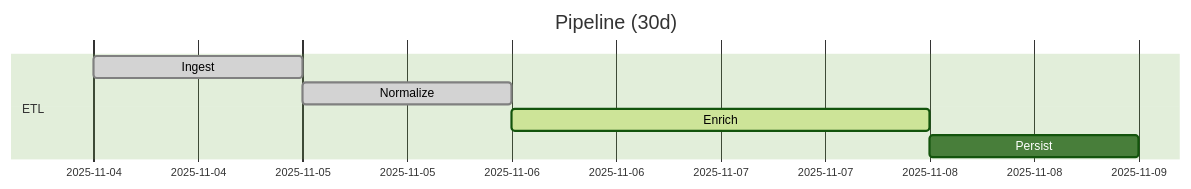
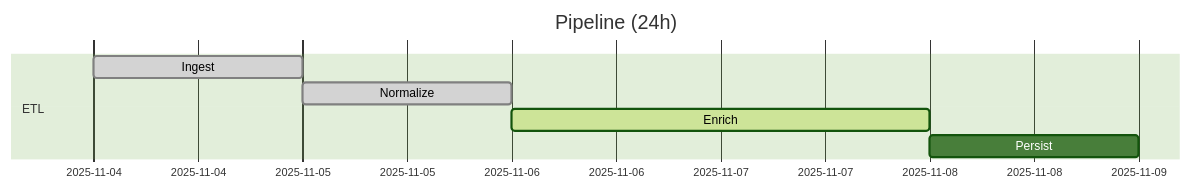
One commit to iog-creator/Gemantria changed the diagram in docs/atlas/pipeline_flow_historical.mmd. Above: the diagram before and after it, drawn with Mermaid (forest theme). The commit also changed 19 other files, not shown here.

```diff
--- a/docs/atlas/pipeline_flow_historical.mmd
+++ b/docs/atlas/pipeline_flow_historical.mmd
@@ -1,9 +1,9 @@
-%% generated (HINT) 2025-11-10T20:22:27Z
+%% generated (HINT) 2025-11-10T20:42:09Z
 gantt
   dateFormat  YYYY-MM-DD
-  title Pipeline (30d)
+  title Pipeline (24h)
   section ETL
   Ingest     :done, des1, 2025-11-04, 1d
   Normalize  :done, des2, 2025-11-05, 1d
   Enrich     :active, des3, 2025-11-06, 2d
   Persist    :         des4, 2025-11-08, 1d
```
